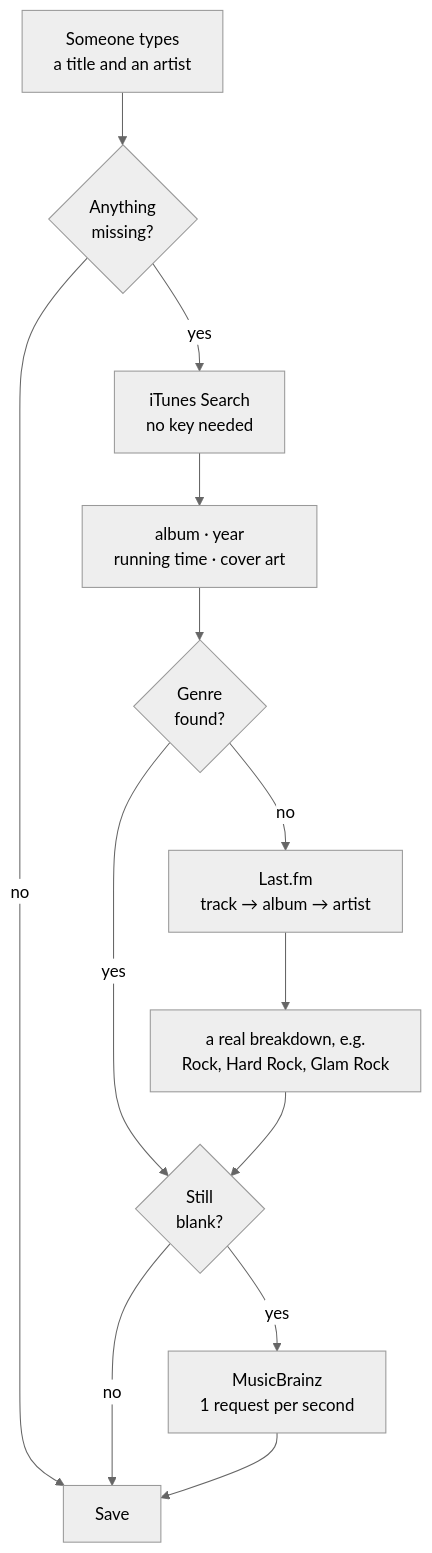
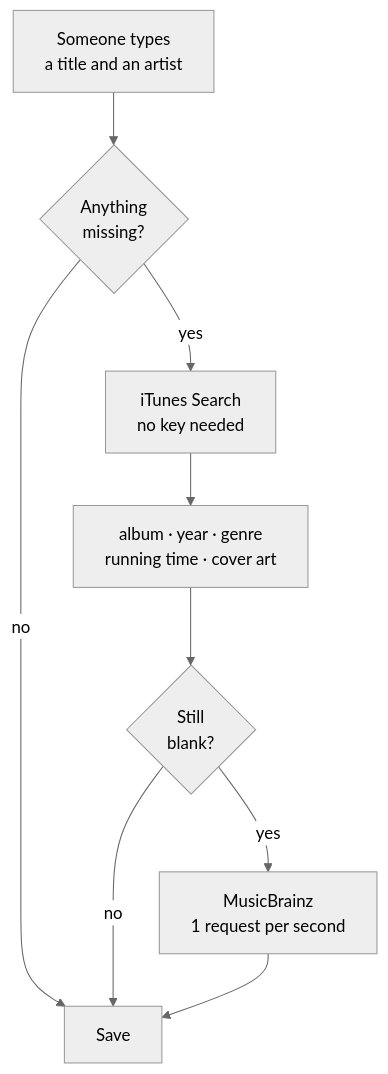
The fourth of 5 diagrams in docs/MAP.md (rockgomes/karaoke-os), drawn with Mermaid (neutral theme) before and after one commit. The commit also changed 8 other files, not shown here.

````diff
--- a/docs/MAP.md
+++ b/docs/MAP.md
@@ -175,18 +175,13 @@
 ```mermaid
 flowchart TD
     ADD["Someone types<br/>a title and an artist"] --> MISS{"Anything<br/>missing?"}
     MISS -->|no| DONE["Save"]
     MISS -->|yes| IT["iTunes Search<br/>no key needed"]
 
-    IT --> F1["album · year<br/>running time · cover art"]
-    F1 --> GEN{"Genre<br/>found?"}
+    IT --> F1["album · year · genre<br/>running time · cover art"]
+    F1 --> REST{"Still<br/>blank?"}
 
-    GEN -->|no| LFM["Last.fm<br/>track → album → artist"]
-    LFM --> F2["a real breakdown, e.g.<br/>Rock, Hard Rock, Glam Rock"]
-
-    GEN -->|yes| REST
-    F2 --> REST{"Still<br/>blank?"}
     REST -->|yes| MB["MusicBrainz<br/>1 request per second"]
     REST -->|no| DONE
     MB --> DONE
 ```
````
